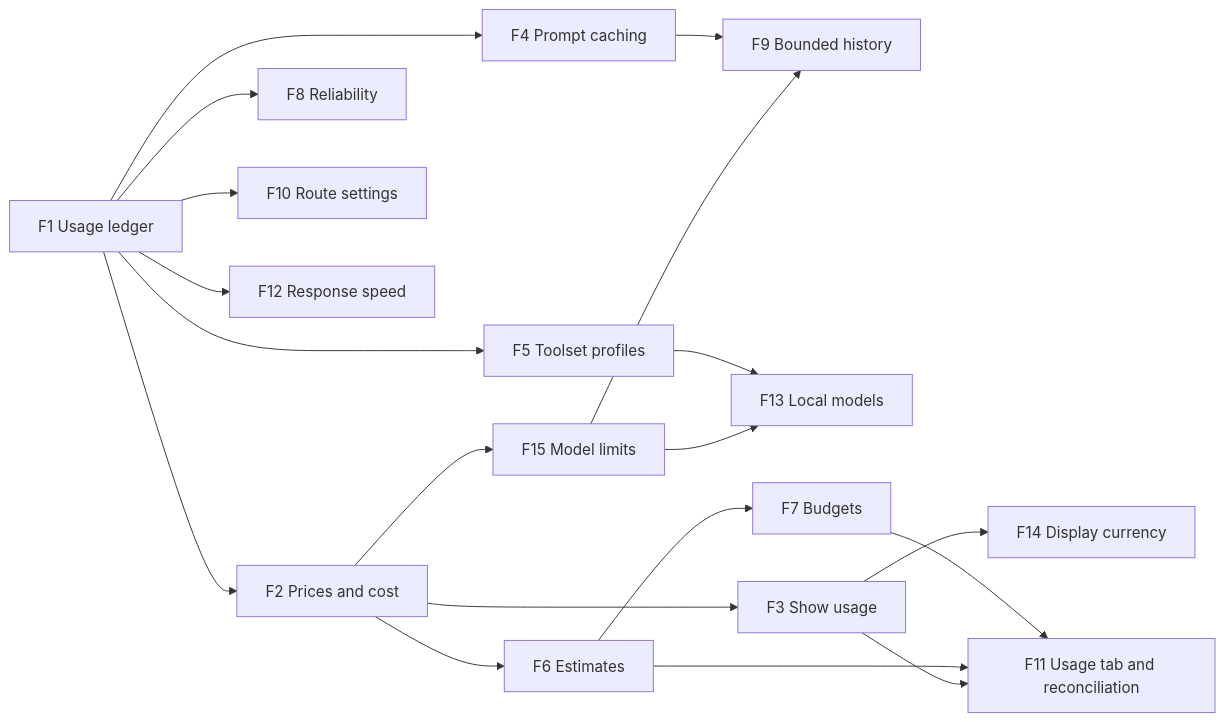
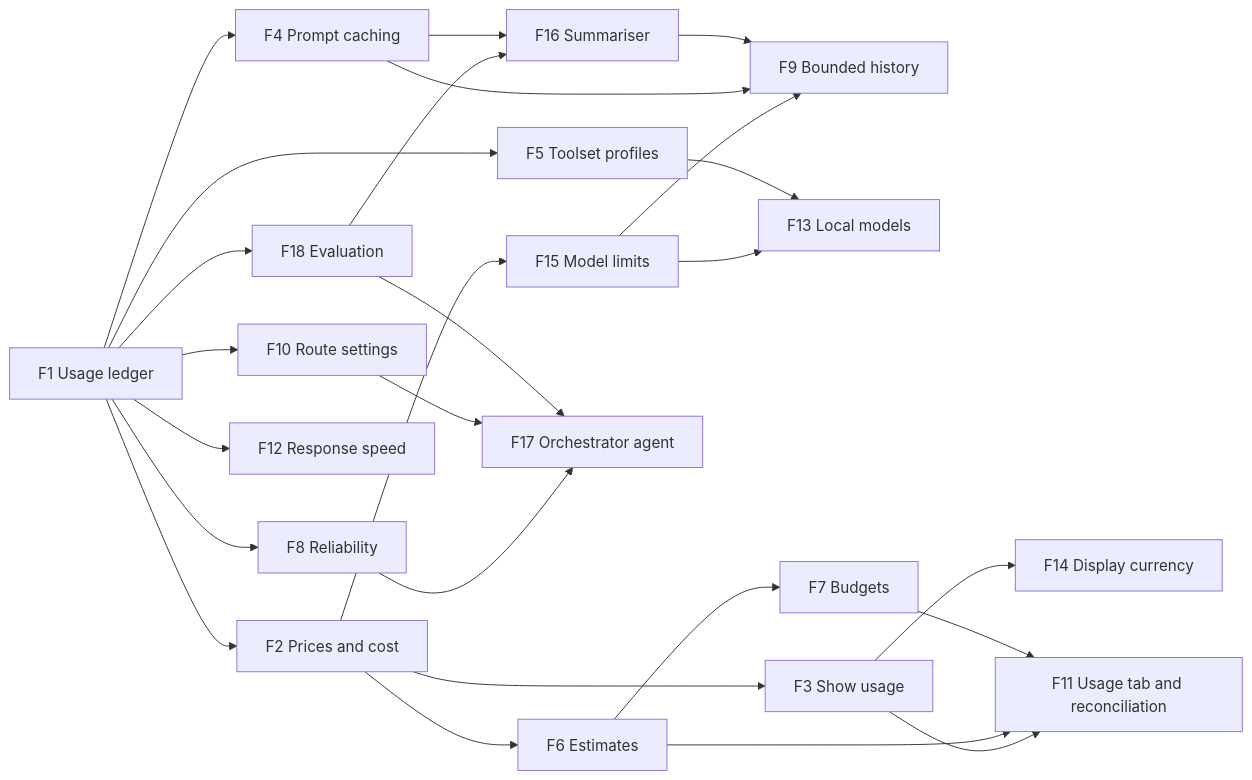
Before and after one commit to bosbevk/louis-agent: the diagram in docs/features/README.md, drawn with Mermaid. The commit also changed other lines of this file and 11 other files, not shown here.

First line of the commit message:
docs(features): F16 Summariser, F17 Orchestrator agent, F18 Evaluation

````diff
--- a/docs/features/README.md
+++ b/docs/features/README.md
@@ -46,21 +49,28 @@
 ```mermaid
 flowchart LR
     F1[F1 Usage ledger] --> F2[F2 Prices and cost]
     F2 --> F15[F15 Model limits]
     F15 --> F9
     F15 --> F13
     F1 --> F4[F4 Prompt caching]
     F1 --> F5[F5 Toolset profiles]
     F1 --> F8[F8 Reliability]
     F1 --> F10[F10 Route settings]
     F2 --> F3[F3 Show usage]
     F2 --> F6[F6 Estimates]
     F6 --> F7[F7 Budgets]
     F4 --> F9[F9 Bounded history]
     F3 --> F11[F11 Usage tab and reconciliation]
     F6 --> F11
     F7 --> F11
     F1 --> F12[F12 Response speed]
     F5 --> F13[F13 Local models]
     F3 --> F14[F14 Display currency]
+    F1 --> F18[F18 Evaluation]
+    F18 --> F16[F16 Summariser]
+    F4 --> F16
+    F16 --> F9
+    F8 --> F17[F17 Orchestrator agent]
+    F10 --> F17
+    F18 --> F17
 ```
````
